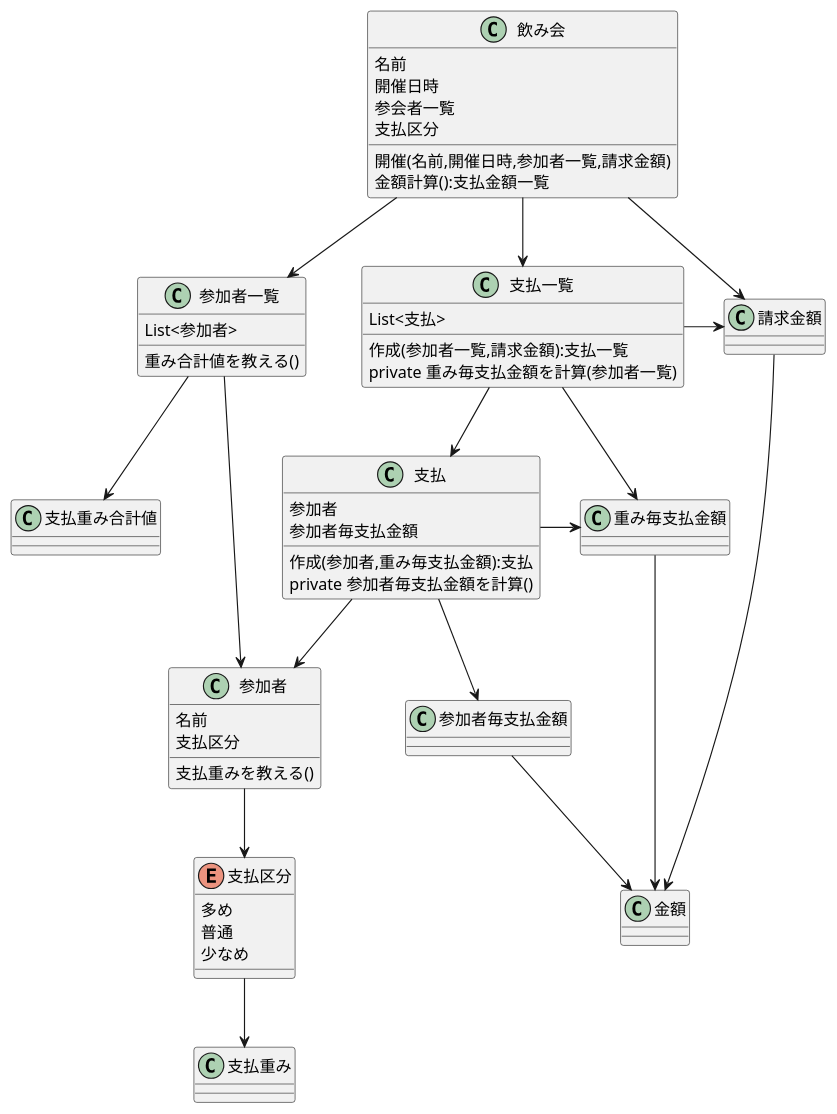
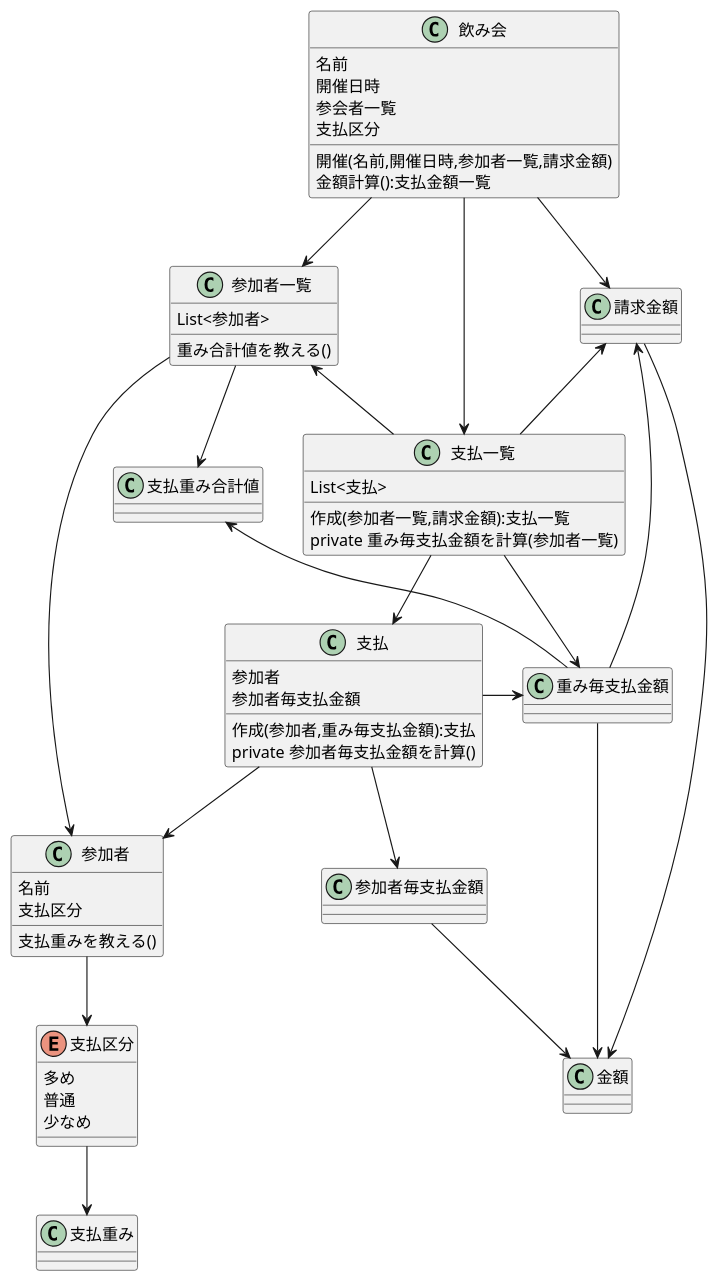
Before and after one commit to muractice/wari: the diagram in etc/warikan.puml, drawn with PlantUML. The commit also changed 3 other files, not shown here.

```diff
--- a/etc/warikan.puml
+++ b/etc/warikan.puml
@@ -1,122 +1,126 @@
 @startuml
 
 /'
 class 幹事{
 }
 '/
 
 class 飲み会 {
 名前
 開催日時
 参会者一覧
 支払区分
 '幹事
 開催(名前,開催日時,参加者一覧,請求金額)
 '参加者追加()
 金額計算():支払金額一覧
 }
 
 
 class 参加者{
 名前
 '飲み会
 支払区分
 支払重みを教える()
 }
 
 class 参加者一覧{
 List<参加者>
 重み合計値を教える()
 }
 
 
 enum 支払区分{
 多め
 普通
 少なめ
 }
 
 class 支払重み{
 }
 
 class 支払重み合計値{
 }
 
 class 請求金額{
 }
 
 class 支払一覧{
 List<支払>
 作成(参加者一覧,請求金額):支払一覧
 private 重み毎支払金額を計算(参加者一覧)
 }
 
 class 支払{
 参加者
 参加者毎支払金額
 作成(参加者,重み毎支払金額):支払
 private 参加者毎支払金額を計算()
 
 }
 
 
 class 参加者毎支払金額{
 }
 
 /'
 class メンバー毎支払割合{
 参加者
 支払割合
 }
 '/
 
 
 class 金額{
 }
 
 
 /'
 class 支払計算{
 参加者一覧
 請求金額
 計算():支払金額一覧
 private 重み毎支払金額を計算(参加者一覧)
 private 参加者毎支配金額を計算()
 }
 '/
 
 
 '飲み会 -> 幹事
 飲み会  -d-> 参加者一覧
 飲み会 -d-> 請求金額
 '飲み会 -> 支払区分
 '飲み会 -> 支払金額
 飲み会 -d-> 支払一覧
 
 参加者一覧 -> 参加者
 参加者 -d-> 支払区分
 参加者一覧 -d-> 支払重み合計値
 
 支払区分 -d-> 支払重み
 
 /'
 支払計算 -d-> 支払一覧
 支払計算 -d-> 参加者一覧
 支払計算 -d-> 請求金額
 支払計算 -d-> 重み毎支払金額
 支払計算 -d-> 参加者毎支払金額
 '/
 
+支払一覧 -u-> 参加者一覧
 支払一覧 -d-> 支払
-支払一覧 -> 請求金額
+支払一覧 -u-> 請求金額
 支払一覧 -> 重み毎支払金額
 
 支払 -d-> 参加者
 支払 -d-> 参加者毎支払金額
 支払 -> 重み毎支払金額
 
+重み毎支払金額 -u-> 支払重み合計値
+重み毎支払金額 -u-> 請求金額
+重み毎支払金額 -d-> 金額
+
 
 参加者毎支払金額 -d-> 金額
 請求金額 -d-> 金額
-重み毎支払金額 -d-> 金額
 @enduml
```
